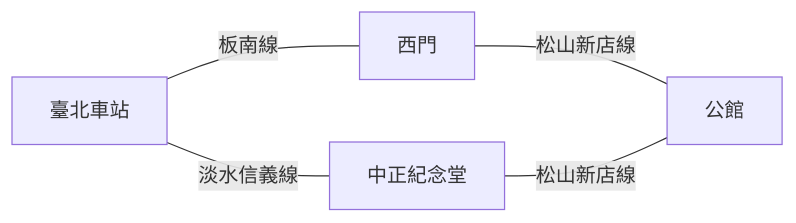
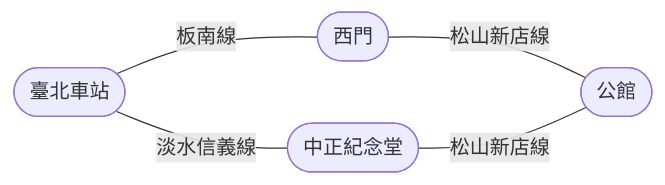
One commit to NTUST-OpenSource/freshman changed the diagram in src/content/articles/transportation.md. Above: the diagram before and after it, drawn with Mermaid. The commit also changed other lines of this file and 4 other files, not shown here.

First line of the commit message:
feat(Mermaid): color the metro route diagram by line

````diff
--- a/src/content/articles/transportation.md
+++ b/src/content/articles/transportation.md
@@ -32,5 +32,6 @@
 ```mermaid
 graph LR;
-臺北車站--板南線---西門--松山新店線---公館
-臺北車站--淡水信義線---中正紀念堂--松山新店線---公館
+臺北車站([臺北車站])--板南線---西門([西門])--松山新店線---公館([公館])
+臺北車站--淡水信義線---中正紀念堂([中正紀念堂])--松山新店線---公館
+class 公館 dest;
 ```
````
